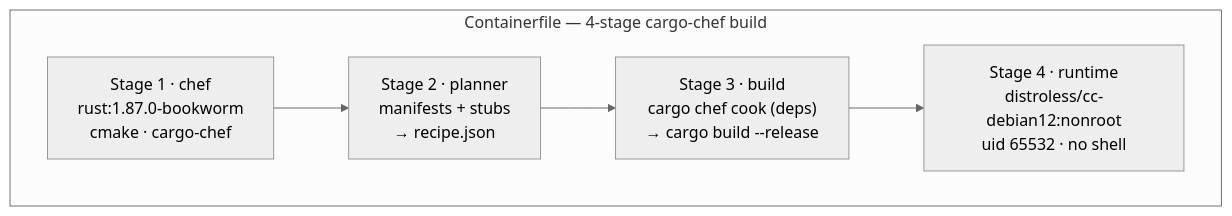
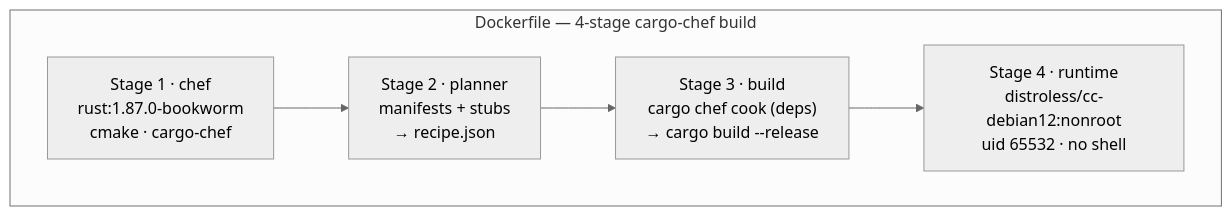
Before and after one commit to micschr0/gluco-hub-rs: the first of 2 diagrams in docs/OPERATIONS.md, drawn with Mermaid (neutral theme). The commit also changed other lines of this file and 16 other files, not shown here.

````diff
--- a/docs/OPERATIONS.md
+++ b/docs/OPERATIONS.md
@@ -116,10 +118,10 @@
 ```mermaid
 graph TB
-    subgraph "Containerfile — 4-stage cargo-chef build"
+    subgraph "Dockerfile — 4-stage cargo-chef build"
         S1["Stage 1 · chef\nrust:1.87.0-bookworm\ncmake · cargo-chef"]
         S2["Stage 2 · planner\nmanifests + stubs\n→ recipe.json"]
         S3["Stage 3 · build\ncargo chef cook (deps)\n→ cargo build --release"]
         S4["Stage 4 · runtime\ndistroless/cc-debian12:nonroot\nuid 65532 · no shell"]
         S1 --> S2 --> S3 --> S4
     end
 ```
````
